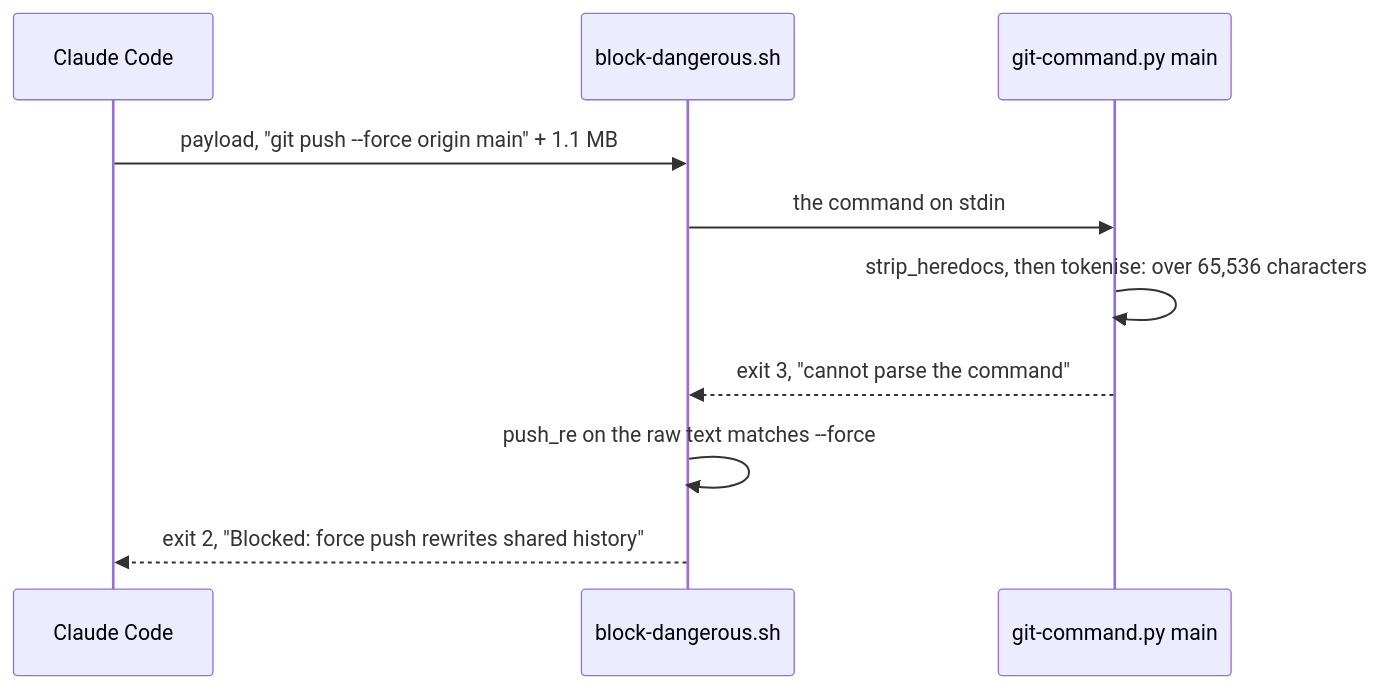
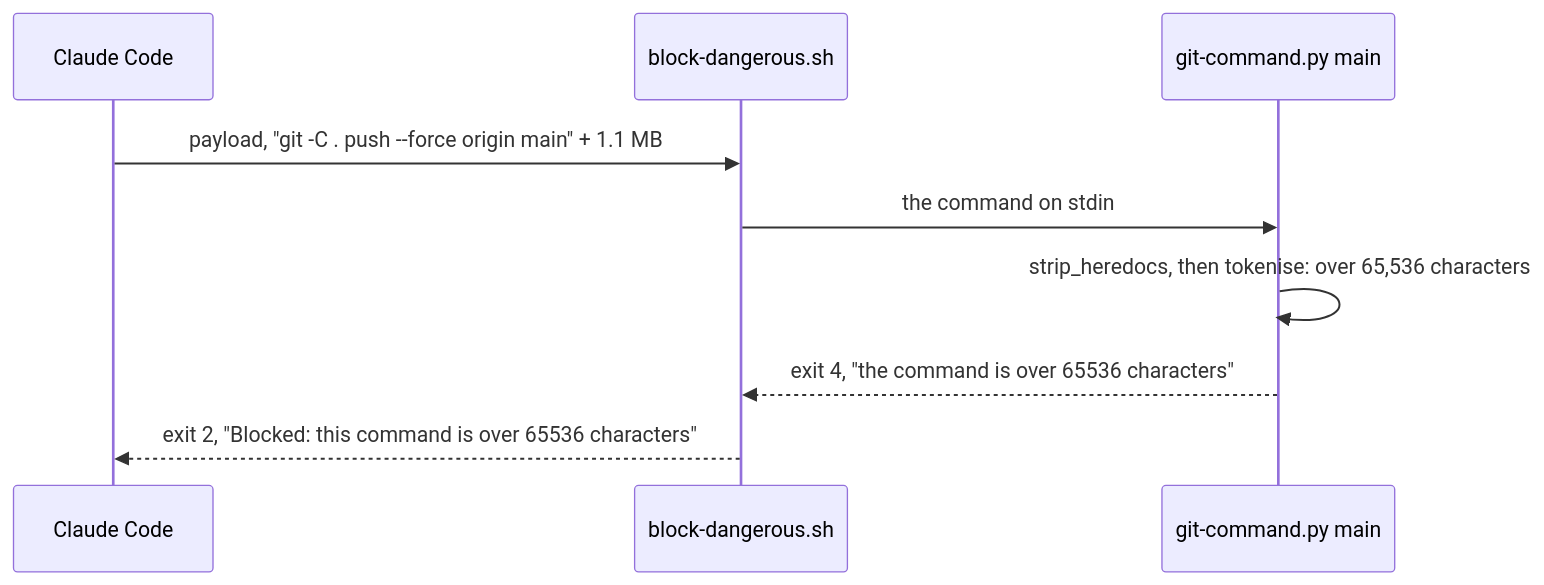
Before and after one commit to dzaffren/claude-plugin: the third of 3 diagrams in docs/specs/tokenise-linear.md, drawn with Mermaid. The commit also changed other lines of this file, not shown here.

````diff
--- a/docs/specs/tokenise-linear.md
+++ b/docs/specs/tokenise-linear.md
@@ -141,12 +147,11 @@
 ```mermaid
 sequenceDiagram
     participant H as Claude Code
     participant B as block-dangerous.sh
     participant P as git-command.py main
-    H->>B: payload, "git push --force origin main" + 1.1 MB
+    H->>B: payload, "git -C . push --force origin main" + 1.1 MB
     B->>P: the command on stdin
     P->>P: strip_heredocs, then tokenise: over 65,536 characters
-    P-->>B: exit 3, "cannot parse the command"
-    B->>B: push_re on the raw text matches --force
-    B-->>H: exit 2, "Blocked: force push rewrites shared history"
+    P-->>B: exit 4, "the command is over 65536 characters"
+    B-->>H: exit 2, "Blocked: this command is over 65536 characters"
 ```
````
